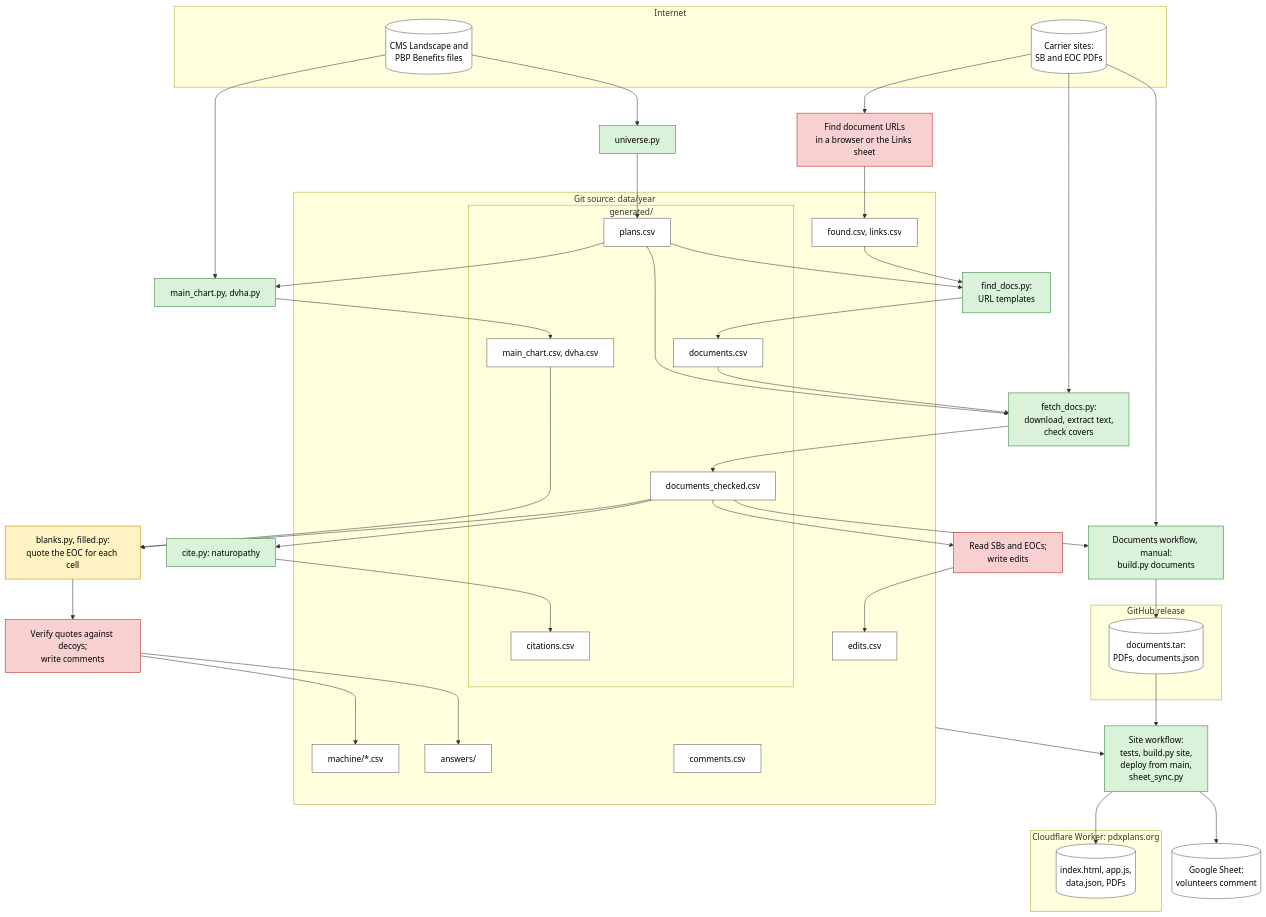
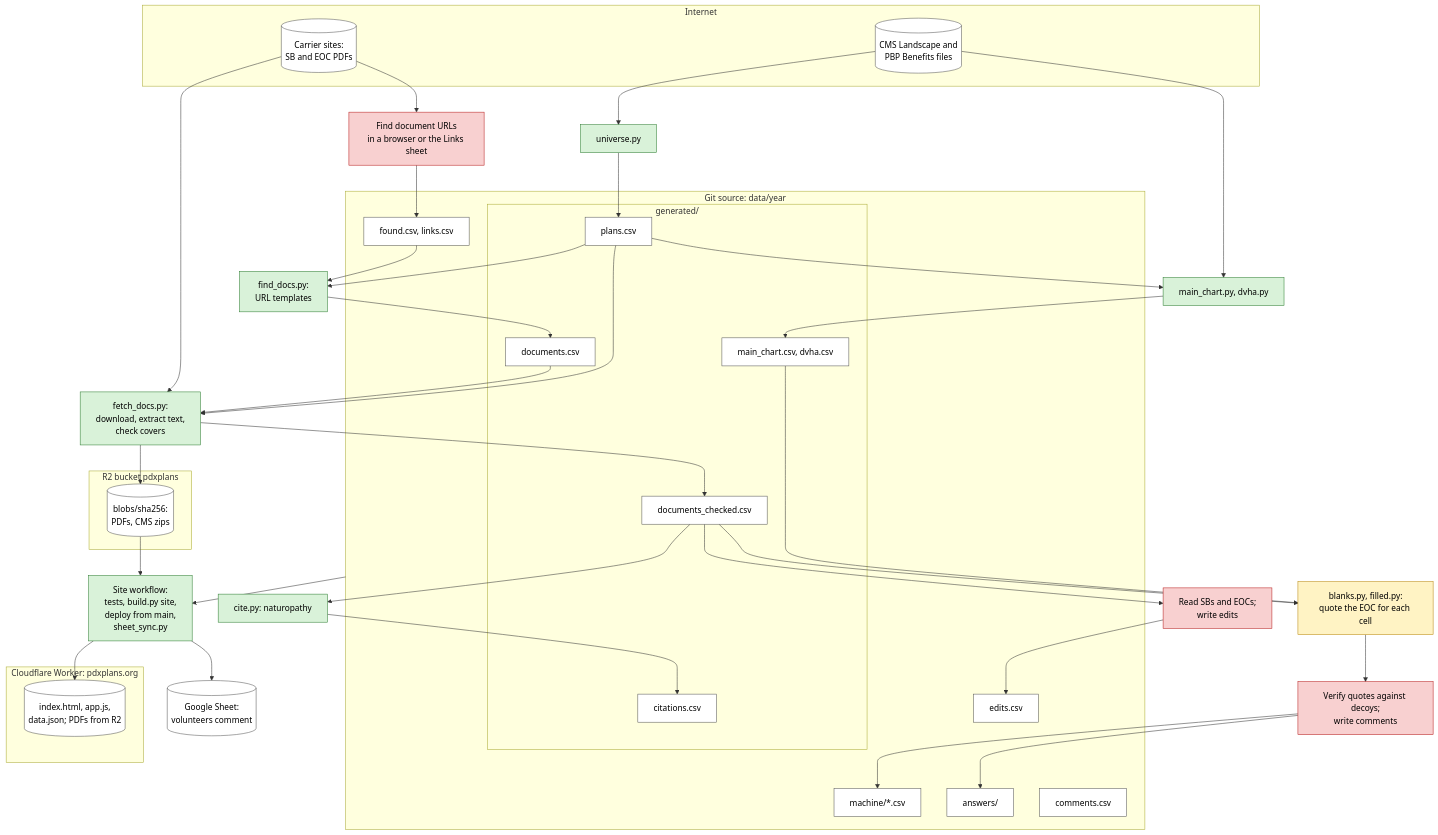
The diagram in docs/pipeline.md (rosenhouse-bot-sandbox/shiba-data), drawn with Mermaid before and after one commit. The commit also changed other lines of this file and 13 other files, not shown here.

First line of the commit message:
Serve plan PDFs from R2 and delete the Documents workflow

````diff
--- a/docs/pipeline.md
+++ b/docs/pipeline.md
@@ -5,66 +5,64 @@
 ```mermaid
 flowchart TB
   classDef det fill:#d9f2d9,stroke:#2e7d32,color:#000
   classDef cheap fill:#fff3c4,stroke:#b8860b,color:#000
   classDef heavy fill:#f8d0d0,stroke:#b71c1c,color:#000
   classDef state fill:#fff,stroke:#555,color:#000
 
   subgraph external [Internet]
     carriers[(Carrier sites:<br>SB and EOC PDFs)]:::state
     cms[(CMS Landscape and<br>PBP Benefits files)]:::state
   end
 
   subgraph git [Git source: data/year]
     finds[found.csv, links.csv]:::state
     subgraph generated [generated/]
       plans[plans.csv]:::state
       documents[documents.csv]:::state
       checked[documents_checked.csv]:::state
       citations[citations.csv]:::state
       sheets[main_chart.csv, dvha.csv]:::state
     end
     eoccites[machine/*.csv]:::state
     answers[answers/]:::state
     edits[edits.csv]:::state
     comments[comments.csv]:::state
   end
 
-  subgraph release [GitHub release]
-    tar[(documents.tar:<br>PDFs, documents.json)]:::state
+  subgraph r2 [R2 bucket pdxplans]
+    blobs[(blobs/sha256:<br>PDFs, CMS zips)]:::state
   end
 
   subgraph web [Cloudflare Worker: pdxplans.org]
-    site[(index.html, app.js,<br>data.json, PDFs)]:::state
+    site[(index.html, app.js,<br>data.json; PDFs from R2)]:::state
   end
 
   sheet[(Google Sheet:<br>volunteers comment)]:::state
 
   findurls[Find document URLs<br>in a browser or the Links sheet]:::heavy
   finddocs[find_docs.py:<br>URL templates]:::det
   universe[universe.py]:::det
   fetch[fetch_docs.py:<br>download, extract text,<br>check covers]:::det
   review[Read SBs and EOCs;<br>write edits]:::heavy
   cite[cite.py: naturopathy]:::det
   gen[main_chart.py, dvha.py]:::det
 
   carriers --> findurls --> finds
   finds & plans --> finddocs --> documents
   cms --> universe --> plans
   documents & plans --> fetch --> checked
   carriers --> fetch
   checked --> review --> edits
   checked --> cite --> citations
   cms & plans --> gen --> sheets
 
   extract[blanks.py, filled.py:<br>quote the EOC for each cell]:::cheap
   verify[Verify quotes against decoys;<br>write comments]:::heavy
 
   checked & sheets --> extract --> verify --> eoccites & answers
 
-  docwf[Documents workflow, manual:<br>build.py documents]:::det
   sitewf[Site workflow:<br>tests, build.py site,<br>deploy from main,<br>sheet_sync.py]:::det
 
-  checked --> docwf
-  carriers --> docwf --> tar
-  tar & git --> sitewf --> site & sheet
+  fetch --> blobs
+  blobs & git --> sitewf --> site & sheet
 ```
````
